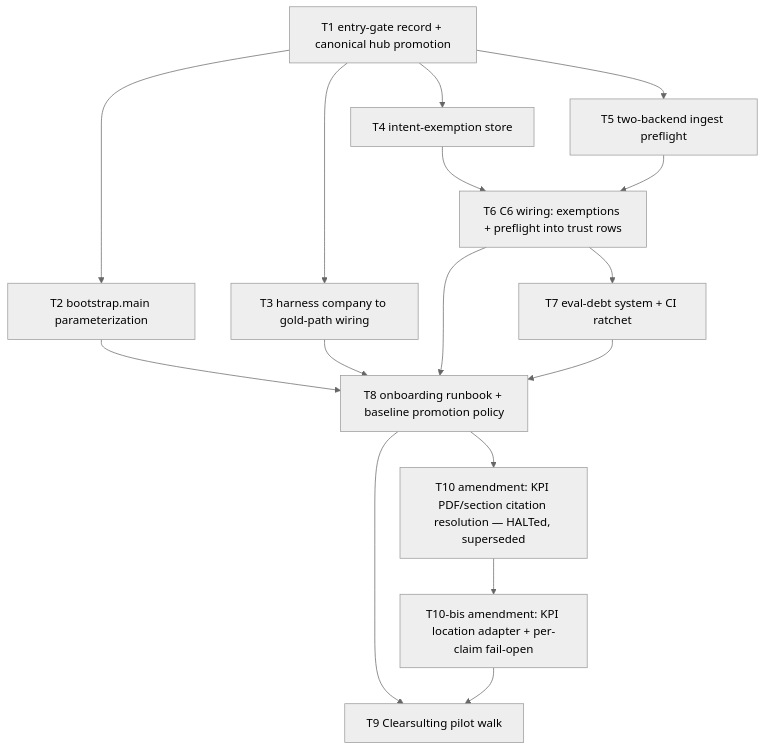
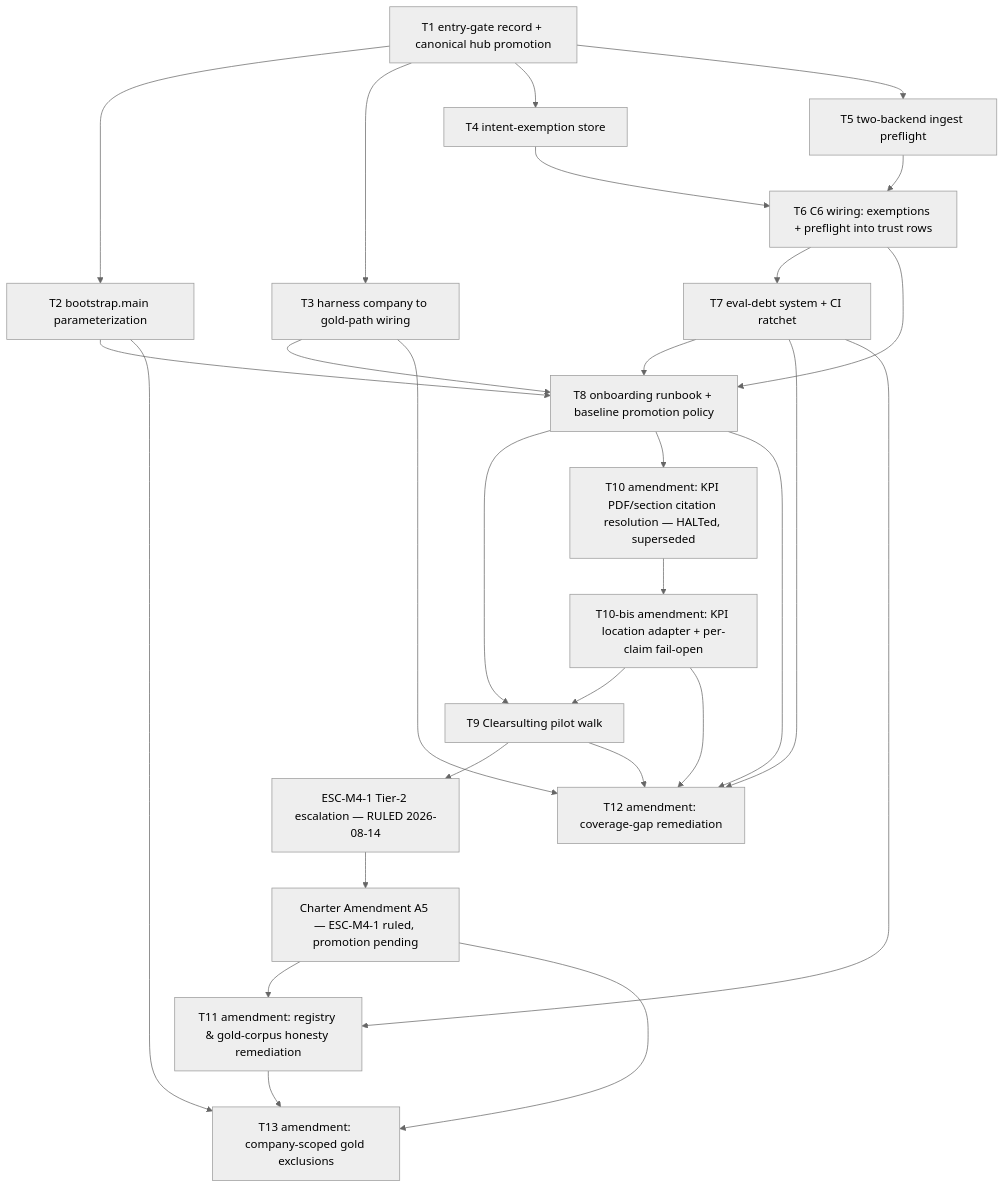
Before and after one commit to alegarayf/uc-13-ale: the diagram in .dev/plans/eval-consolidation-m4-onboarding-runbook/plan.md, drawn with Mermaid (neutral theme). The commit also changed other lines of this file and 8 other files, not shown here.

````diff
--- a/.dev/plans/eval-consolidation-m4-onboarding-runbook/plan.md
+++ b/.dev/plans/eval-consolidation-m4-onboarding-runbook/plan.md
@@ -180,30 +214,47 @@
 ```mermaid
 graph TD
     T1[T1 entry-gate record + canonical hub promotion]
     T2[T2 bootstrap.main parameterization]
     T3[T3 harness company to gold-path wiring]
     T4[T4 intent-exemption store]
     T5[T5 two-backend ingest preflight]
     T6[T6 C6 wiring: exemptions + preflight into trust rows]
     T7[T7 eval-debt system + CI ratchet]
     T8[T8 onboarding runbook + baseline promotion policy]
     T9[T9 Clearsulting pilot walk]
     T10[T10 amendment: KPI PDF/section citation resolution — HALTed, superseded]
     T10bis[T10-bis amendment: KPI location adapter + per-claim fail-open]
+    ESCM41[ESC-M4-1 Tier-2 escalation — RULED 2026-08-14]
+    T11[T11 amendment: registry & gold-corpus honesty remediation]
+    T12[T12 amendment: coverage-gap remediation]
+    A5[Charter Amendment A5 — ESC-M4-1 ruled, promotion pending]
+    T13[T13 amendment: company-scoped gold exclusions]
 
     T1 --> T2
     T1 --> T3
     T1 --> T4
     T1 --> T5
     T4 --> T6
     T5 --> T6
     T6 --> T7
     T2 --> T8
     T3 --> T8
     T6 --> T8
     T7 --> T8
     T8 --> T9
     T8 --> T10
     T10 --> T10bis
     T10bis --> T9
+    T9 --> ESCM41
+    ESCM41 --> A5
+    A5 --> T11
+    A5 --> T13
+    T11 --> T13
+    T9 --> T12
+    T10bis --> T12
+    T3 --> T12
+    T7 --> T12
+    T8 --> T12
+    T7 --> T11
+    T2 --> T13
 ```
````
